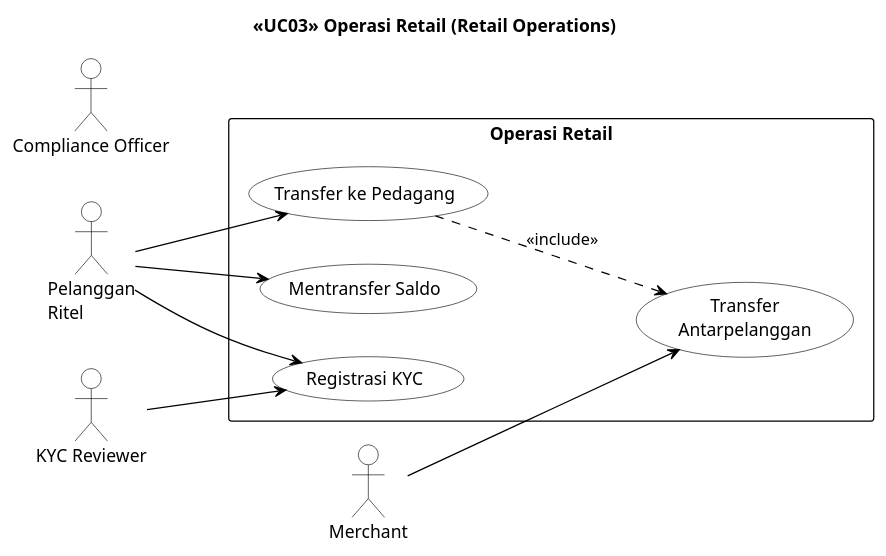
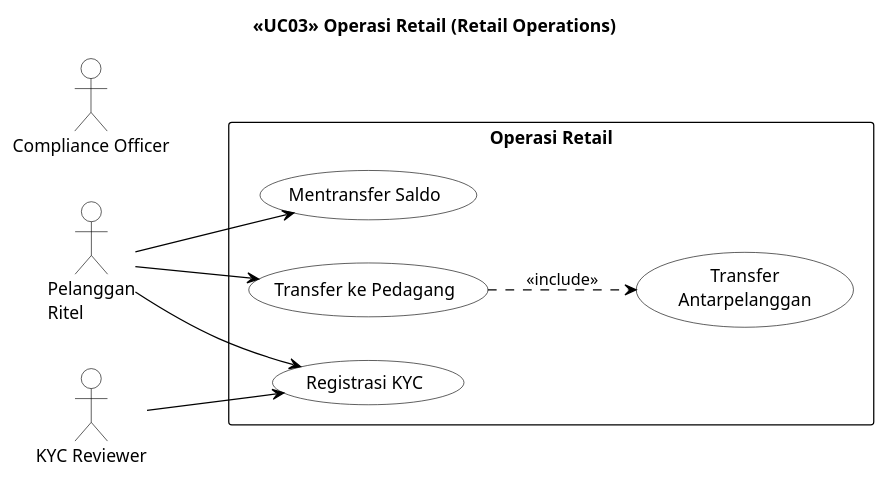
One commit to mfachrizalg/bi-coin changed the third of 3 diagrams in bi-coin-fabric/docs/diagrams/plantuml/use-case-diagrams.puml. Above: the diagram before and after it, drawn with PlantUML. The commit also changed other lines of this file and 11 other files, not shown here.

```diff
--- a/bi-coin-fabric/docs/diagrams/plantuml/use-case-diagrams.puml
+++ b/bi-coin-fabric/docs/diagrams/plantuml/use-case-diagrams.puml
@@ -94,34 +92,32 @@
 @startuml
 skinparam monochrome true
 left to right direction
 skinparam packageBorderColor black
 skinparam packageBackgroundColor none
 skinparam usecaseBorderColor black
 skinparam usecaseBackgroundColor white
 skinparam actorBorderColor black
 skinparam actorBackgroundColor white
 skinparam arrowColor black
 
 title <<UC03>> Operasi Retail (Retail Operations)
 
 actor "Pelanggan\nRitel" as PR
-actor "Merchant" as M
 actor "KYC Reviewer" as KYC
 actor "Compliance Officer" as CO
 
 rectangle "Operasi Retail" {
   usecase "Registrasi KYC" as UC1
   usecase "Mentransfer Saldo" as UC2
   usecase "Transfer\nAntarpelanggan" as UC3
   usecase "Transfer ke Pedagang" as UC4
 }
 
 PR --> UC1
 PR --> UC2
 PR --> UC4
-M --> UC3
 KYC --> UC1
 
 UC4 ..> UC3 : <<include>>
 
 @enduml
```
